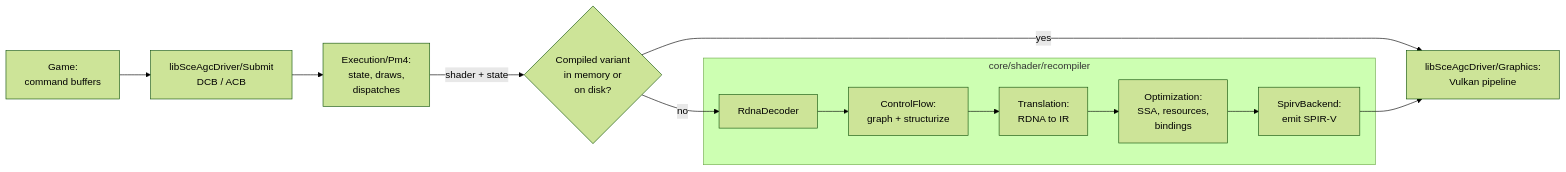
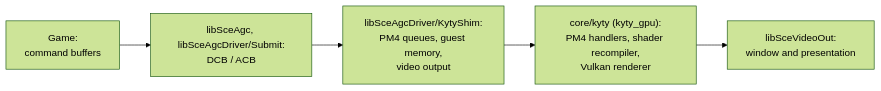
One commit to Celegans12/AnyPS5-Ghost-of-Yotei changed the second of 2 diagrams in docs/dev/ARCHITECTURE.md. Above: the diagram before and after it, drawn with Mermaid (forest theme). The commit also changed other lines of this file and 120 other files, not shown here.

First line of the commit message:
docs: describe Kyty as the only GPU driver

````diff
--- a/docs/dev/ARCHITECTURE.md
+++ b/docs/dev/ARCHITECTURE.md
@@ -124,17 +124,7 @@
 ```mermaid
 flowchart LR
-    game["Game:<br/>command buffers"] --> submit["libSceAgcDriver/Submit<br/>DCB / ACB"]
-    submit --> pm4["Execution/Pm4:<br/>state, draws,<br/>dispatches"]
-    pm4 -- "shader + state" --> cache{"Compiled variant<br/>in memory or<br/>on disk?"}
-    cache -- yes --> vk
-    cache -- no --> dec
-
-    subgraph recompiler["core/shader/recompiler"]
-        dec["RdnaDecoder"] --> cf["ControlFlow:<br/>graph + structurize"]
-        cf --> tr["Translation:<br/>RDNA to IR"]
-        tr --> opt["Optimization:<br/>SSA, resources,<br/>bindings"]
-        opt --> spv["SpirvBackend:<br/>emit SPIR-V"]
-    end
-
-    spv --> vk["libSceAgcDriver/Graphics:<br/>Vulkan pipeline"]
+    game["Game:<br/>command buffers"] --> submit["libSceAgc, libSceAgcDriver/Submit:<br/>DCB / ACB"]
+    submit --> shim["libSceAgcDriver/KytyShim:<br/>PM4 queues, guest memory,<br/>video output"]
+    shim --> kyty["core/kyty (kyty_gpu):<br/>PM4 handlers, shader recompiler,<br/>Vulkan renderer"]
+    kyty --> out["libSceVideoOut:<br/>window and presentation"]
 ```
````
